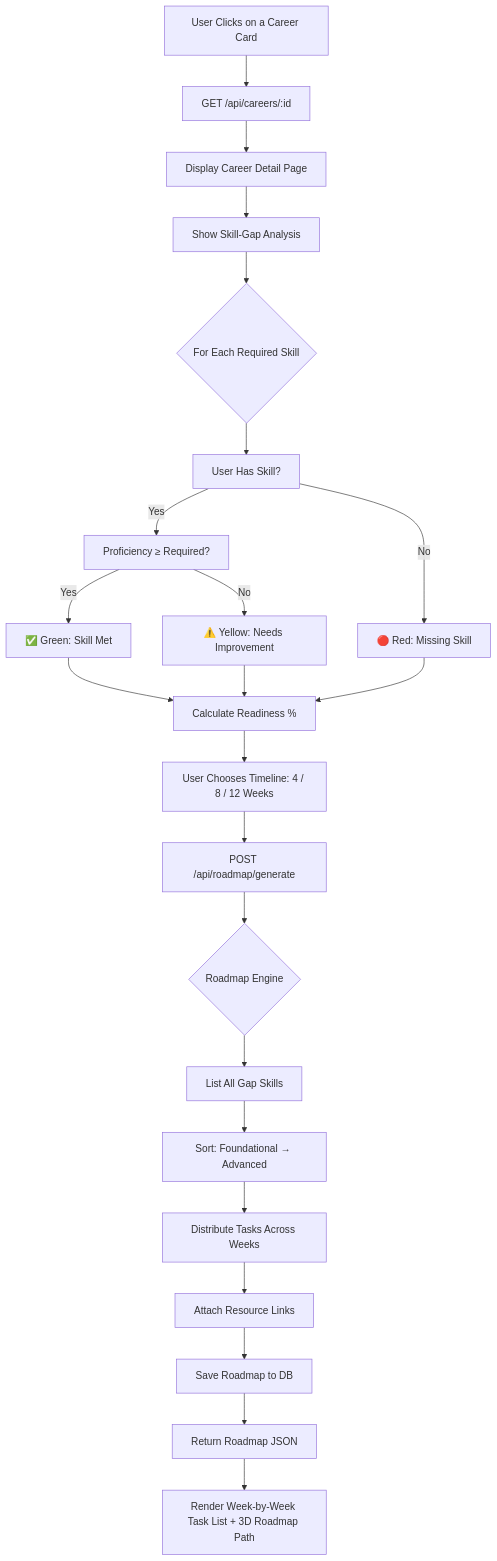
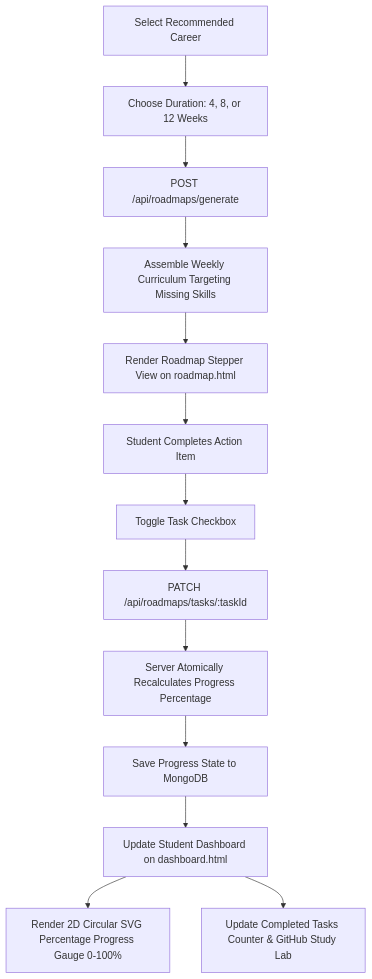
The fifth of 5 diagrams in docs/APP-FLOW.md (parthpatil1234p-svg/careerpath-ai), drawn with Mermaid before and after one commit. The commit also changed other lines of this file and 10 other files, not shown here.

Commit message:
docs: comprehensive update of all project specifications, PRD, TRD, API ecosystem, and demo guides

````diff
--- a/docs/APP-FLOW.md
+++ b/docs/APP-FLOW.md
@@ -96,26 +116,17 @@
 ```mermaid
 flowchart TD
-    A[User Clicks on a Career Card] --> B[GET /api/careers/:id]
-    B --> C[Display Career Detail Page]
-    C --> D[Show Skill-Gap Analysis]
+    A[Select Recommended Career] --> B[Choose Duration: 4, 8, or 12 Weeks]
+    B --> C[POST /api/roadmaps/generate]
+    C --> D[Assemble Weekly Curriculum Targeting Missing Skills]
+    D --> E[Render Roadmap Stepper View on roadmap.html]
     
-    D --> E{For Each Required Skill}
-    E --> F[User Has Skill?]
-    F -- Yes --> G[Proficiency ≥ Required?]
-    G -- Yes --> H[✅ Green: Skill Met]
-    G -- No --> I[⚠️ Yellow: Needs Improvement]
-    F -- No --> J[🔴 Red: Missing Skill]
+    E --> F[Student Completes Action Item]
+    F --> G[Toggle Task Checkbox]
+    G --> H[PATCH /api/roadmaps/tasks/:taskId]
+    H --> I[Server Atomically Recalculates Progress Percentage]
+    I --> J[Save Progress State to MongoDB]
     
-    H & I & J --> K[Calculate Readiness %]
-    K --> L[User Chooses Timeline: 4 / 8 / 12 Weeks]
-    L --> M[POST /api/roadmap/generate]
-    
-    M --> N{Roadmap Engine}
-    N --> O[List All Gap Skills]
-    O --> P[Sort: Foundational → Advanced]
-    P --> Q[Distribute Tasks Across Weeks]
-    Q --> R[Attach Resource Links]
-    R --> S[Save Roadmap to DB]
-    S --> T[Return Roadmap JSON]
-    T --> U[Render Week-by-Week Task List + 3D Roadmap Path]
+    J --> K[Update Student Dashboard on dashboard.html]
+    K --> L[Render 2D Circular SVG Percentage Progress Gauge 0-100%]
+    K --> M[Update Completed Tasks Counter & GitHub Study Lab]
 ```
````
